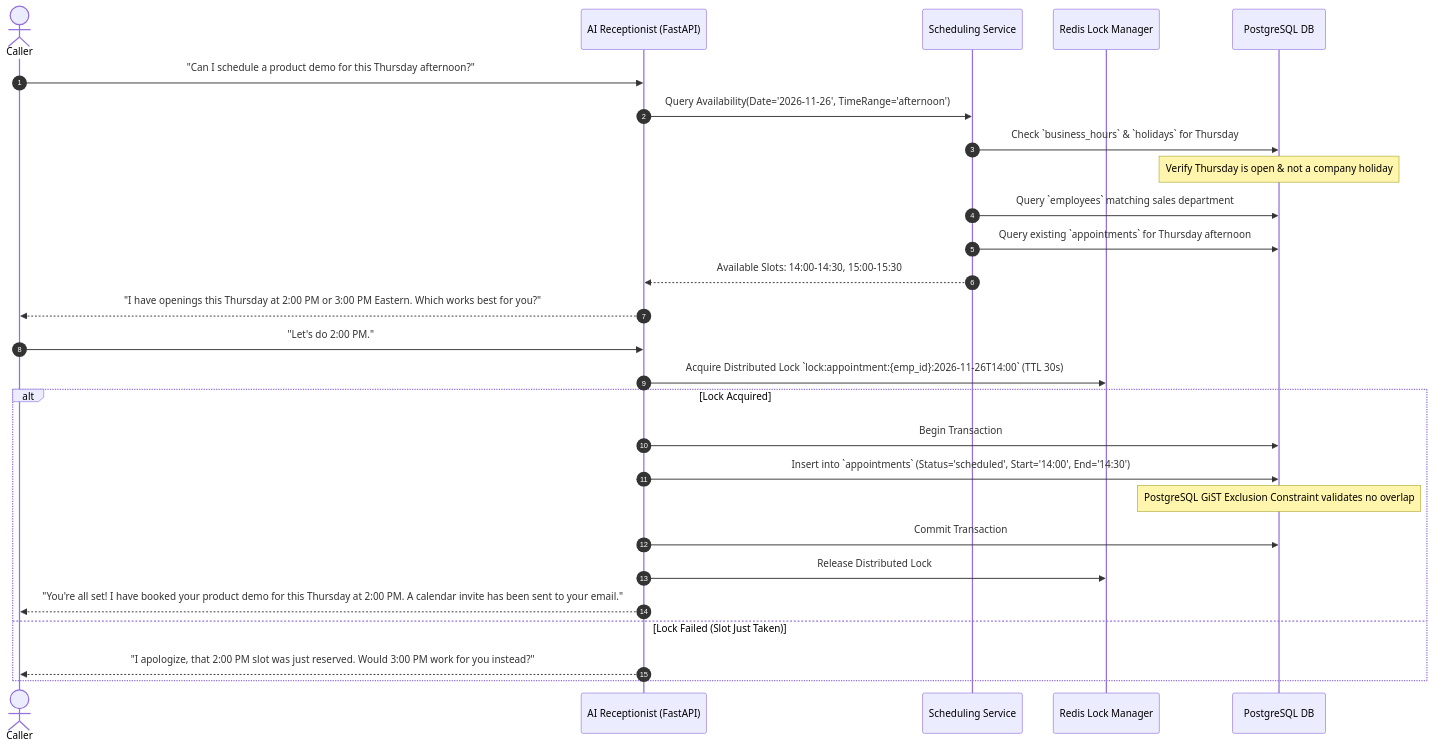
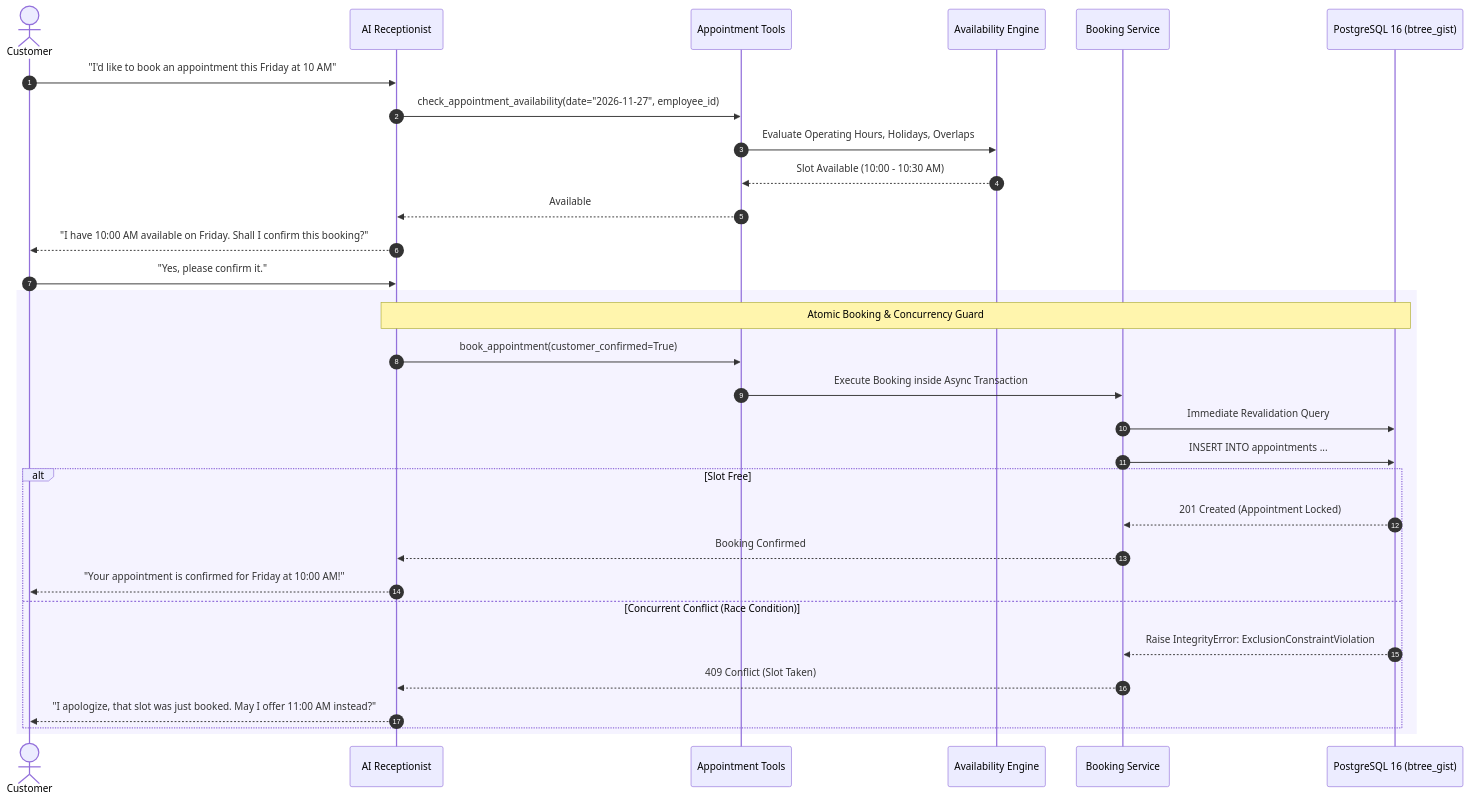
The fourth of 6 diagrams in docs/WORKFLOWS.md (Sourav6404/-Autonomous-AI-Sales-Voice-Agent), drawn with Mermaid before and after one commit. The commit also changed other lines of this file and 10 other files, not shown here.

````diff
--- a/docs/WORKFLOWS.md
+++ b/docs/WORKFLOWS.md
@@ -136,32 +125,35 @@
 ```mermaid
 sequenceDiagram
     autonumber
-    actor Caller as Caller
-    participant AI as AI Receptionist (FastAPI)
-    participant ScheduleService as Scheduling Service
-    participant Redis as Redis Lock Manager
-    participant DB as PostgreSQL DB
+    actor Caller as Customer
+    participant Orchestrator as AI Receptionist
+    participant ApptTool as Appointment Tools
+    participant AvailService as Availability Engine
+    participant BookService as Booking Service
+    participant DB as PostgreSQL 16 (btree_gist)
 
-    Caller->>AI: "Can I schedule a product demo for this Thursday afternoon?"
-    AI->>ScheduleService: Query Availability(Date='2026-11-26', TimeRange='afternoon')
-    ScheduleService->>DB: Check `business_hours` & `holidays` for Thursday
-    Note over DB: Verify Thursday is open & not a company holiday
-    ScheduleService->>DB: Query `employees` matching sales department
-    ScheduleService->>DB: Query existing `appointments` for Thursday afternoon
-    ScheduleService-->>AI: Available Slots: 14:00-14:30, 15:00-15:30
+    Caller->>Orchestrator: "I'd like to book an appointment this Friday at 10 AM"
+    Orchestrator->>ApptTool: check_appointment_availability(date="2026-11-27", employee_id)
+    ApptTool->>AvailService: Evaluate Operating Hours, Holidays, Overlaps
+    AvailService-->>ApptTool: Slot Available (10:00 - 10:30 AM)
+    ApptTool-->>Orchestrator: Available
+    Orchestrator-->>Caller: "I have 10:00 AM available on Friday. Shall I confirm this booking?"
+    Caller->>Orchestrator: "Yes, please confirm it."
 
-    AI-->>Caller: "I have openings this Thursday at 2:00 PM or 3:00 PM Eastern. Which works best for you?"
-    Caller->>AI: "Let's do 2:00 PM."
-
-    AI->>Redis: Acquire Distributed Lock `lock:appointment:{emp_id}:2026-11-26T14:00` (TTL 30s)
-    alt Lock Acquired
-        AI->>DB: Begin Transaction
-        AI->>DB: Insert into `appointments` (Status='scheduled', Start='14:00', End='14:30')
-        Note over DB: PostgreSQL GiST Exclusion Constraint validates no overlap
-        AI->>DB: Commit Transaction
-        AI->>Redis: Release Distributed Lock
-        AI-->>Caller: "You're all set! I have booked your product demo for this Thursday at 2:00 PM. A calendar invite has been sent to your email."
-    else Lock Failed (Slot Just Taken)
-        AI-->>Caller: "I apologize, that 2:00 PM slot was just reserved. Would 3:00 PM work for you instead?"
+    rect rgb(245, 243, 255)
+        Note over Orchestrator,DB: Atomic Booking & Concurrency Guard
+        Orchestrator->>ApptTool: book_appointment(customer_confirmed=True)
+        ApptTool->>BookService: Execute Booking inside Async Transaction
+        BookService->>DB: Immediate Revalidation Query
+        BookService->>DB: INSERT INTO appointments ...
+        alt Slot Free
+            DB-->>BookService: 201 Created (Appointment Locked)
+            BookService-->>Orchestrator: Booking Confirmed
+            Orchestrator-->>Caller: "Your appointment is confirmed for Friday at 10:00 AM!"
+        else Concurrent Conflict (Race Condition)
+            DB-->>BookService: Raise IntegrityError: ExclusionConstraintViolation
+            BookService-->>Orchestrator: 409 Conflict (Slot Taken)
+            Orchestrator-->>Caller: "I apologize, that slot was just booked. May I offer 11:00 AM instead?"
+        end
     end
 ```
````
